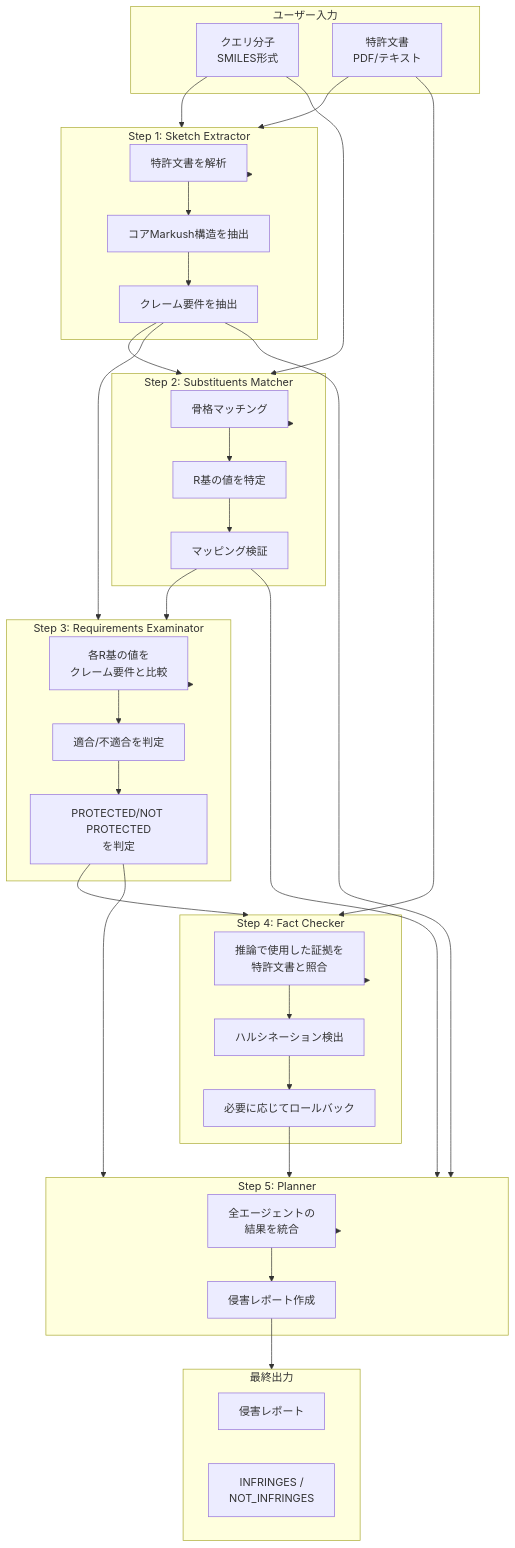
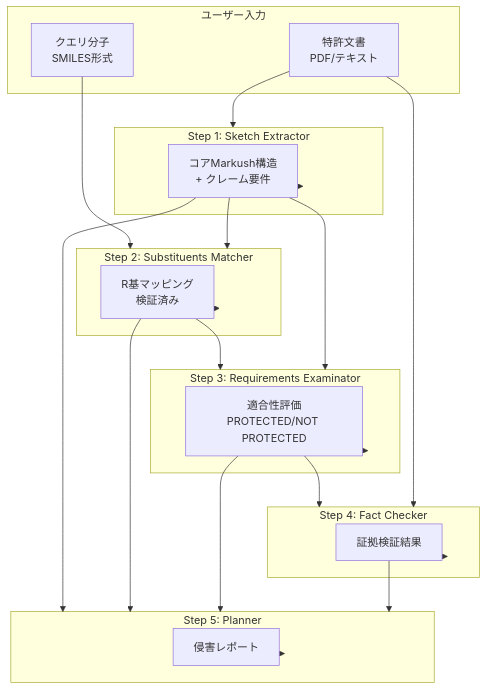
The first of 7 diagrams in README.md (MaTTalv001/paper_trial), drawn with Mermaid before and after one commit. The commit also changed other lines of this file and 2 other files, not shown here.

Commit message:
Update Substituents Matcher with dual-path architecture (RDKit + NN) and detailed README flow diagrams

````diff
--- a/README.md
+++ b/README.md
@@ -13,65 +13,39 @@
 ```mermaid
 flowchart TD
     subgraph Input["ユーザー入力"]
         U1[クエリ分子<br/>SMILES形式]
         U2[特許文書<br/>PDF/テキスト]
     end
 
     subgraph SE["Step 1: Sketch Extractor"]
-        SE1[特許文書を解析]
-        SE2[コアMarkush構造を抽出]
-        SE3[クレーム要件を抽出]
+        SE_OUT[コアMarkush構造<br/>+ クレーム要件]
     end
 
     subgraph SM["Step 2: Substituents Matcher"]
-        SM1[骨格マッチング]
-        SM2[R基の値を特定]
-        SM3[マッピング検証]
+        SM_OUT[R基マッピング<br/>検証済み]
     end
 
     subgraph RE["Step 3: Requirements Examinator"]
-        RE1[各R基の値を<br/>クレーム要件と比較]
-        RE2[適合/不適合を判定]
-        RE3[PROTECTED/NOT PROTECTED<br/>を判定]
+        RE_OUT[適合性評価<br/>PROTECTED/NOT PROTECTED]
     end
 
     subgraph FC["Step 4: Fact Checker"]
-        FC1[推論で使用した証拠を<br/>特許文書と照合]
-        FC2[ハルシネーション検出]
-        FC3[必要に応じてロールバック]
+        FC_OUT[証拠検証結果]
     end
 
     subgraph PL["Step 5: Planner"]
-        PL1[全エージェントの<br/>結果を統合]
-        PL2[侵害レポート作成]
+        PL_OUT[侵害レポート]
     end
 
-    subgraph Output["最終出力"]
-        O1[侵害レポート]
-        O2[INFRINGES /<br/>NOT_INFRINGES]
-    end
-
-    U1 --> SE
-    U2 --> SE
-    SE --> SE1 --> SE2 --> SE3
-    
-    SE3 --> SM
+    U2 --> SE --> SE_OUT
     U1 --> SM
-    SM --> SM1 --> SM2 --> SM3
-    
-    SM3 --> RE
-    SE3 --> RE
-    RE --> RE1 --> RE2 --> RE3
-    
-    RE3 --> FC
-    U2 --> FC
-    FC --> FC1 --> FC2 --> FC3
-    
-    FC3 --> PL
-    SE3 --> PL
-    SM3 --> PL
-    RE3 --> PL
-    PL --> PL1 --> PL2
-    
-    PL2 --> Output
+    SE_OUT --> SM --> SM_OUT
+    SM_OUT --> RE
+    SE_OUT --> RE --> RE_OUT
+    RE_OUT --> FC
+    U2 --> FC --> FC_OUT
+    SE_OUT --> PL
+    SM_OUT --> PL
+    RE_OUT --> PL
+    FC_OUT --> PL --> PL_OUT
 ```
````
